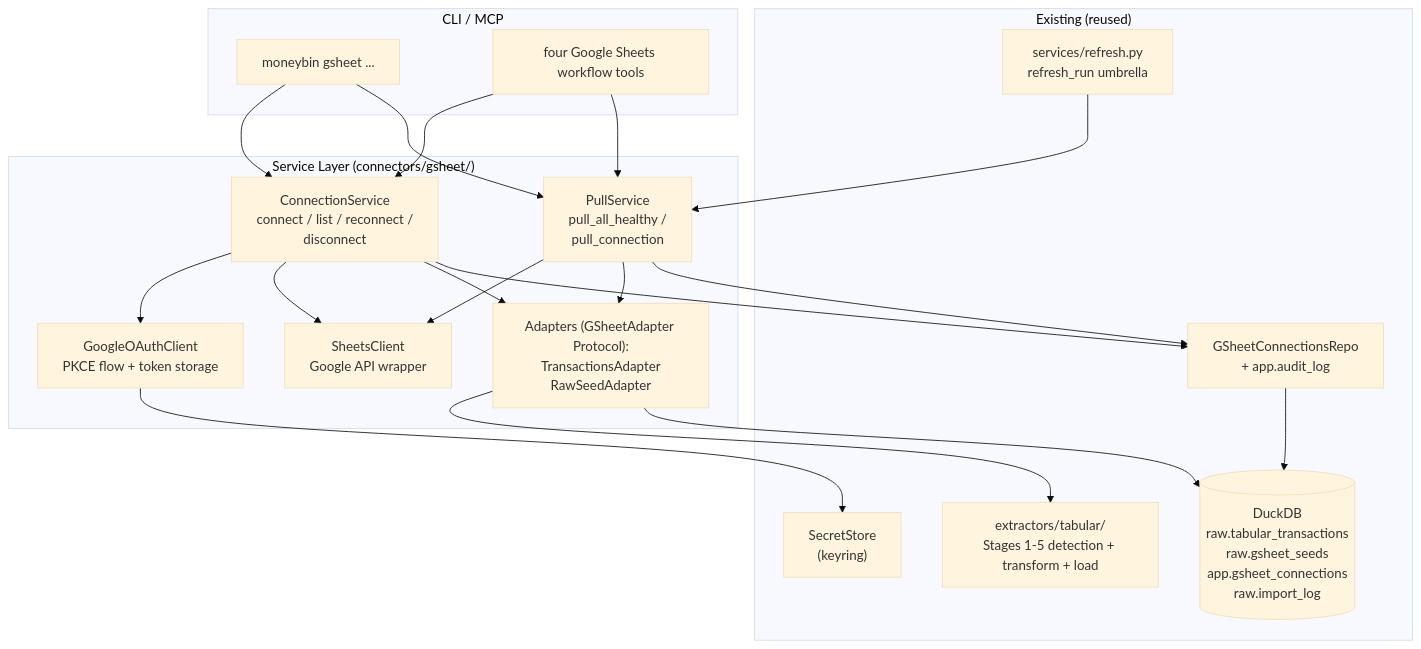
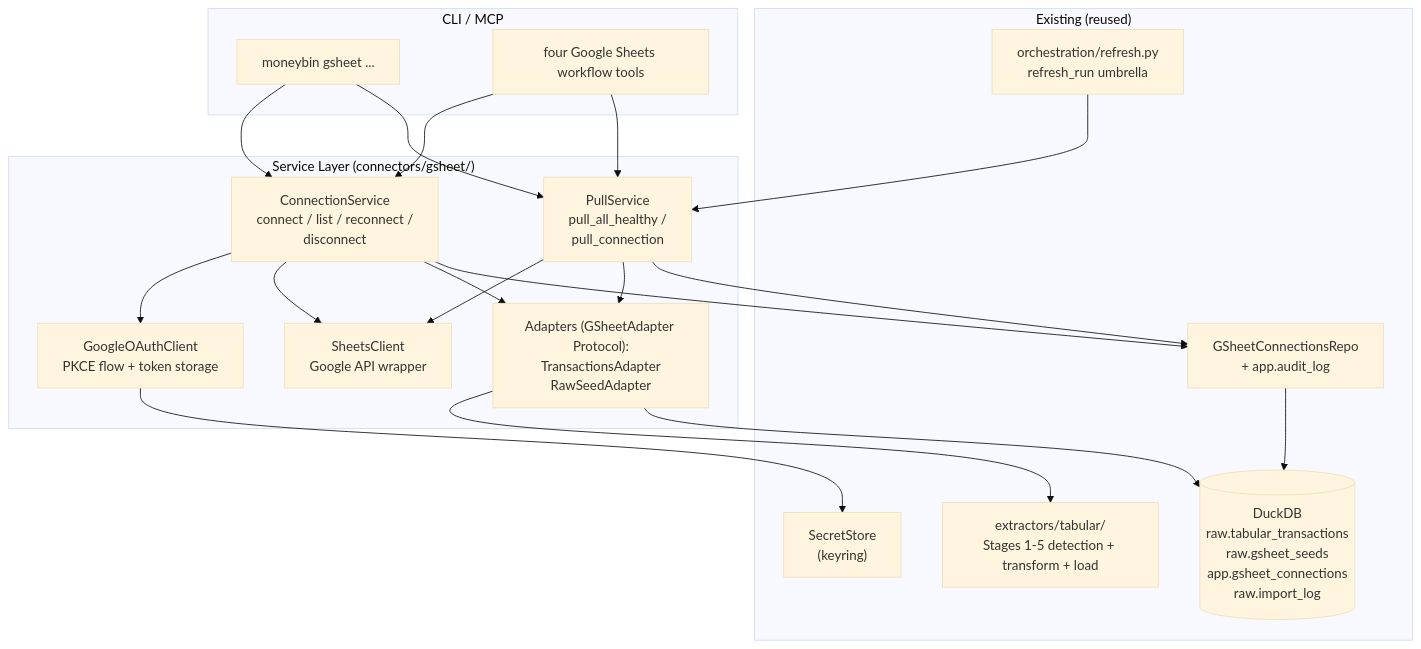
One commit to bsaffel/moneybin changed the first of 5 diagrams in docs/specs/connect-gsheet.md. Above: the diagram before and after it, drawn with Mermaid (base theme). The commit also changed other lines of this file and 47 other files, not shown here.

````diff
--- a/docs/specs/connect-gsheet.md
+++ b/docs/specs/connect-gsheet.md
@@ -183,40 +183,40 @@
 ```mermaid
 flowchart TB
     subgraph CLI / MCP
         CLI["moneybin gsheet ..."]
         MCP["four Google Sheets workflow tools"]
     end
 
     subgraph "Service Layer (connectors/gsheet/)"
         ConnSvc["ConnectionService<br/>connect / list / reconnect /<br/>disconnect"]
         PullSvc["PullService<br/>pull_all_healthy /<br/>pull_connection"]
         OAuth["GoogleOAuthClient<br/>PKCE flow + token storage"]
         Sheets["SheetsClient<br/>Google API wrapper"]
         Adapter["Adapters (GSheetAdapter Protocol):<br/>TransactionsAdapter<br/>RawSeedAdapter"]
     end
 
     subgraph "Existing (reused)"
         Tabular["extractors/tabular/<br/>Stages 1-5 detection + transform + load"]
-        Refresh["services/refresh.py<br/>refresh_run umbrella"]
+        Refresh["orchestration/refresh.py<br/>refresh_run umbrella"]
         Repo["GSheetConnectionsRepo<br/>+ app.audit_log"]
         DB[("DuckDB<br/>raw.tabular_transactions<br/>raw.gsheet_seeds<br/>app.gsheet_connections<br/>raw.import_log")]
         Secrets["SecretStore<br/>(keyring)"]
     end
 
     CLI --> ConnSvc
     CLI --> PullSvc
     MCP --> ConnSvc
     MCP --> PullSvc
     ConnSvc --> OAuth
     ConnSvc --> Sheets
     ConnSvc --> Adapter
     ConnSvc --> Repo
     PullSvc --> Sheets
     PullSvc --> Adapter
     PullSvc --> Repo
     Adapter --> Tabular
     Adapter --> DB
     OAuth --> Secrets
     Repo --> DB
     Refresh --> PullSvc
 ```
````
